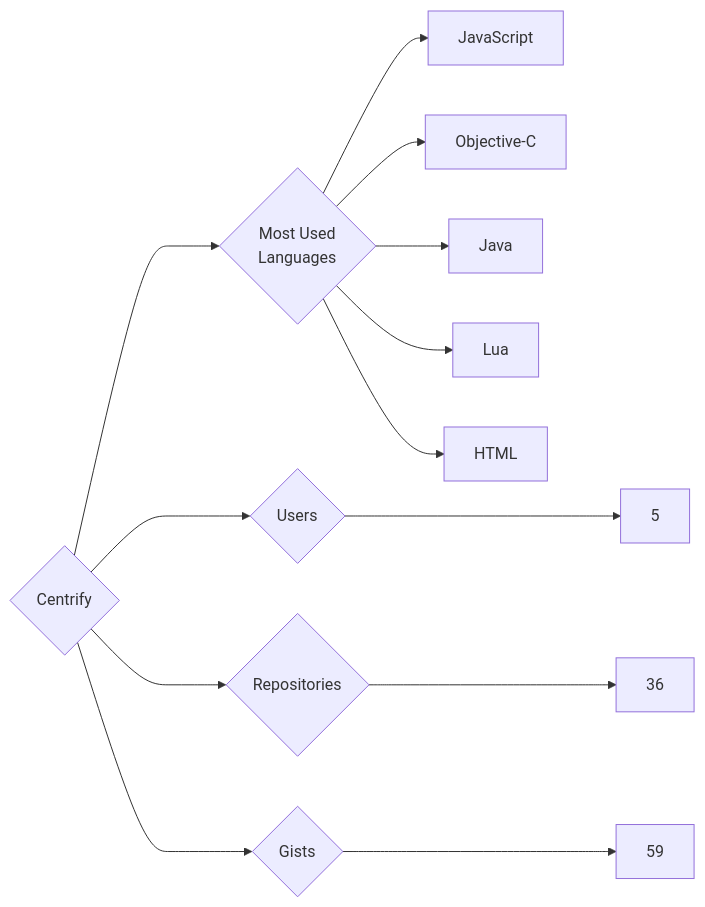
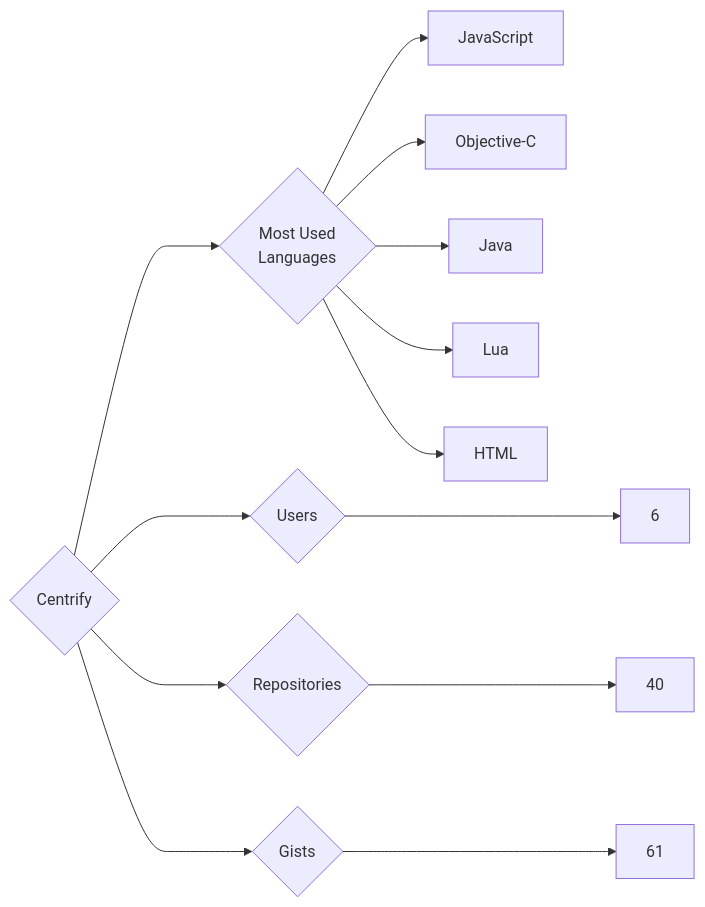
One commit to trickest/insiders changed the diagram in targets/Centrify/README.md. Above: the diagram before and after it, drawn with Mermaid. The commit also changed 997 other files, not shown here.

````diff
--- a/targets/Centrify/README.md
+++ b/targets/Centrify/README.md
@@ -3,13 +3,13 @@
 ```mermaid
 graph LR
 COMPANY_NAME{Centrify}
-COMPANY_NAME ---> U{Users} ---> UN[5]
-COMPANY_NAME ---> R{Repositories} ---> RN[36]
-COMPANY_NAME ---> G{Gists} ---> GN[59]
+COMPANY_NAME ---> U{Users} ---> UN[6]
+COMPANY_NAME ---> R{Repositories} ---> RN[40]
+COMPANY_NAME ---> G{Gists} ---> GN[61]
 COMPANY_NAME ---> ML{Most Used<br>Languages}
 ML --> JavaScript[JavaScript]
 ML --> Objective-C[Objective-C]
 ML --> Java[Java]
 ML --> Lua[Lua]
 ML --> HTML[HTML]
 ```
````
